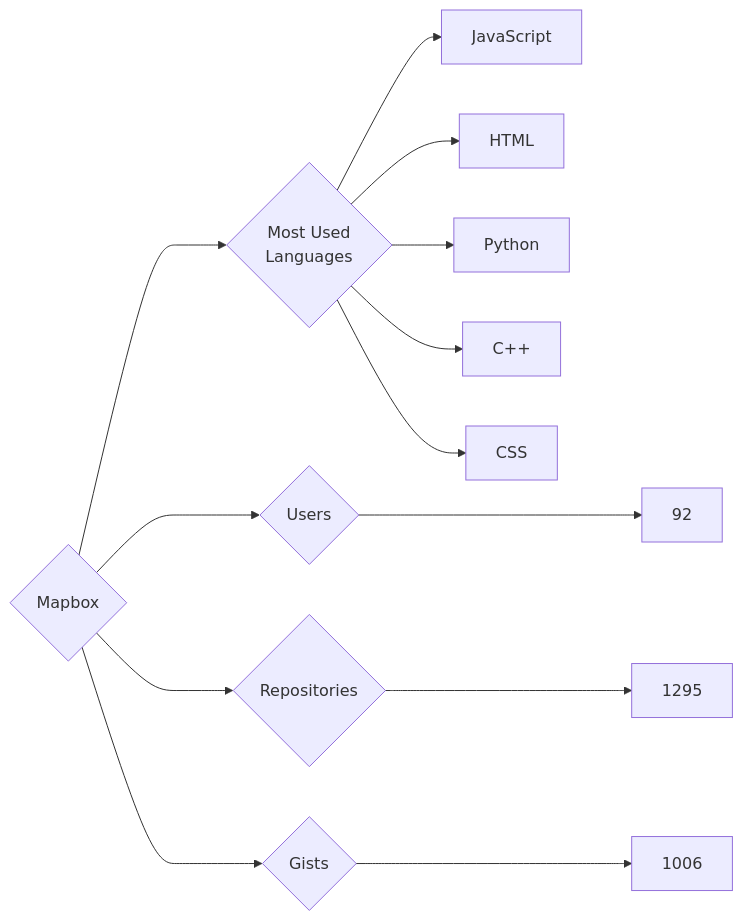
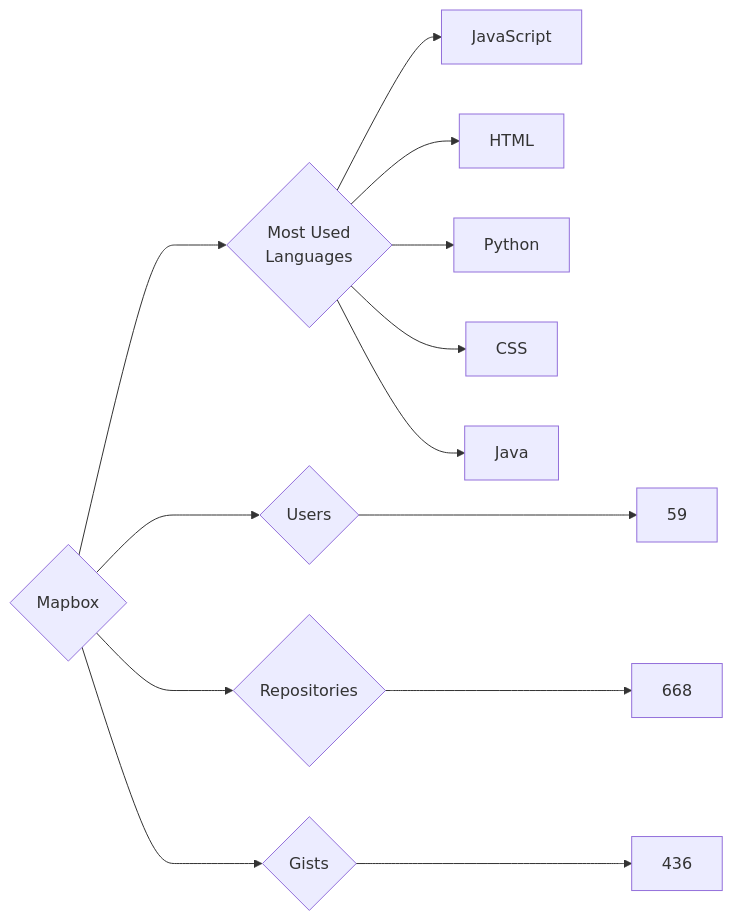
One commit to trickest/insiders changed the diagram in targets/Mapbox/README.md. Above: the diagram before and after it, drawn with Mermaid. The commit also changed 582 other files, not shown here.

````diff
--- a/targets/Mapbox/README.md
+++ b/targets/Mapbox/README.md
@@ -3,13 +3,13 @@
 ```mermaid
 graph LR
 COMPANY_NAME{Mapbox}
-COMPANY_NAME ---> U{Users} ---> UN[92]
-COMPANY_NAME ---> R{Repositories} ---> RN[1295]
-COMPANY_NAME ---> G{Gists} ---> GN[1006]
+COMPANY_NAME ---> U{Users} ---> UN[59]
+COMPANY_NAME ---> R{Repositories} ---> RN[668]
+COMPANY_NAME ---> G{Gists} ---> GN[436]
 COMPANY_NAME ---> ML{Most Used<br>Languages}
 ML --> JavaScript[JavaScript]
 ML --> HTML[HTML]
 ML --> Python[Python]
-ML --> C++[C++]
 ML --> CSS[CSS]
+ML --> Java[Java]
 ```
````
